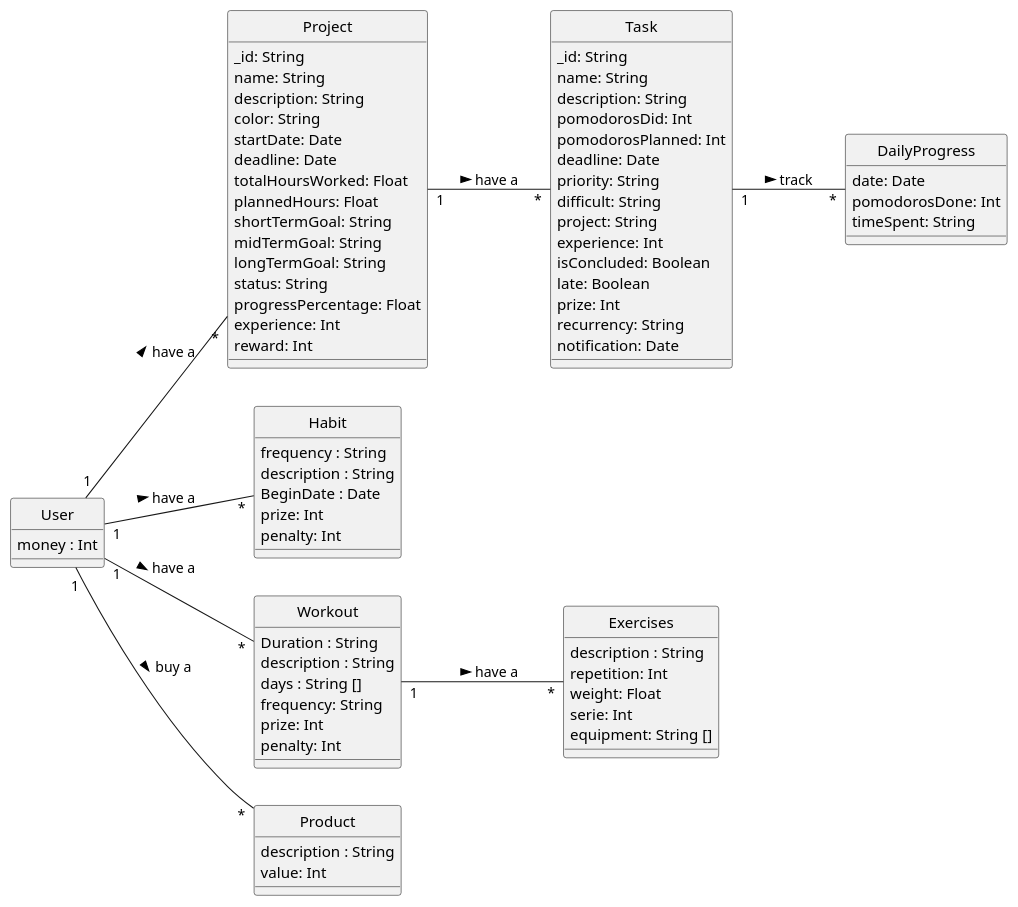
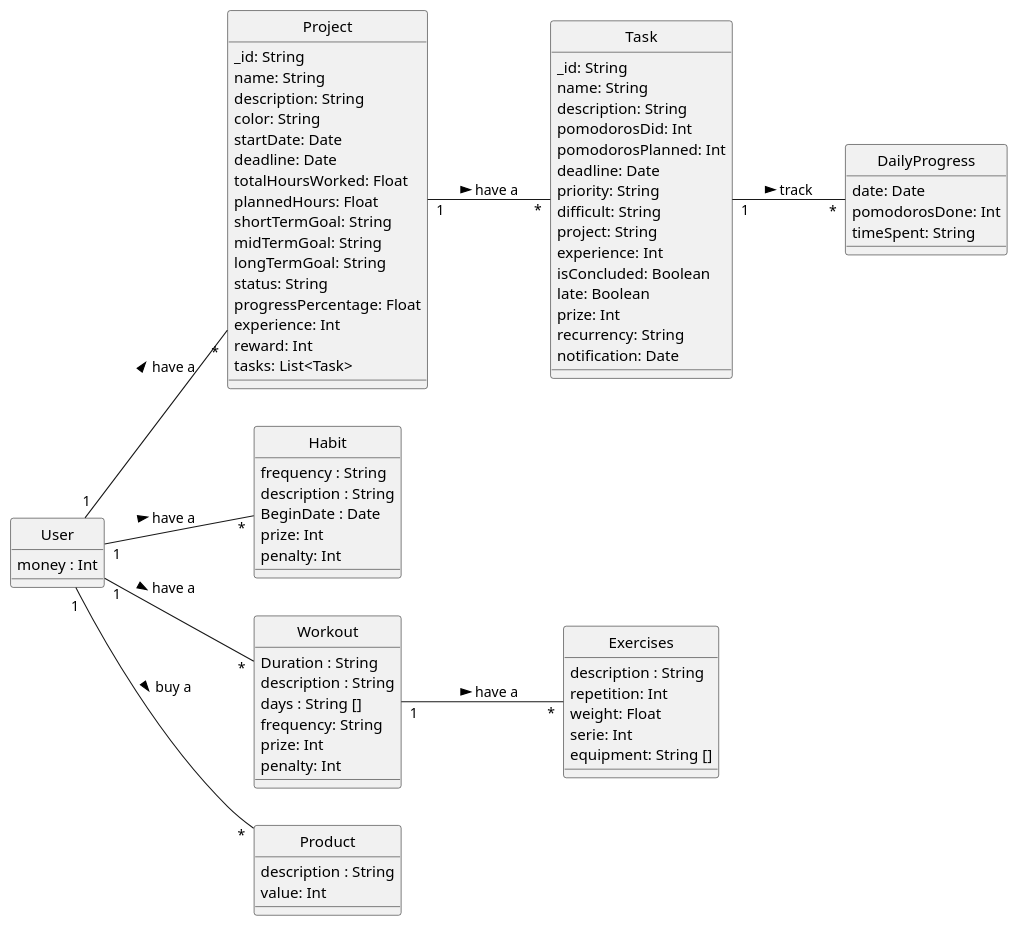
The diagram in Project/ClassDiagram.puml (joao-felipe3/SecondBrain), drawn with PlantUML before and after one commit. The commit also changed 4 other files, not shown here.

```diff
--- a/Project/ClassDiagram.puml
+++ b/Project/ClassDiagram.puml
@@ -1,88 +1,89 @@
 @startuml Classes
 skinparam style strictuml
 left to right direction
 
 class Task {
     _id: String 
     name: String
     description: String 
     pomodorosDid: Int
     pomodorosPlanned: Int
     deadline: Date
     priority: String 
     difficult: String
     project: String
     experience: Int
     isConcluded: Boolean
     late: Boolean
     prize: Int
     recurrency: String
     notification: Date
 }
 
 class Project {
     _id: String 
     name: String
     description: String
     color: String
     startDate: Date
     deadline: Date
     totalHoursWorked: Float
     plannedHours: Float
     shortTermGoal: String
     midTermGoal: String
     longTermGoal: String
     status: String
     progressPercentage: Float
     experience: Int
     reward: Int
+    tasks: List<Task>
 }
 
 class Habit {
     frequency : String
     description : String
     BeginDate : Date
     prize: Int
     penalty: Int
 }
 
 class User {
     money : Int
 }
 
 class Workout {
     Duration : String
     description : String
     days : String []
     frequency: String
     prize: Int
     penalty: Int
 }
 
 class Exercises {
     description : String
     repetition: Int
     weight: Float
     serie: Int
     equipment: String []
 }
 
 class Product {
     description : String
     value: Int
 }
 
 class DailyProgress {
     date: Date
     pomodorosDone: Int
     timeSpent: String
 }
 
 Task "1" -- "*" DailyProgress: track >
 User "1" -- "*" Project: have a >
 Project "1" -- "*" Task: have a >
 User "1" -- "*" Habit: have a >
 User "1" -- "*" Workout: have a >
 Workout "1" -- "*" Exercises: have a >
 User "1" -- "*" Product: buy a >
 @enduml
```
